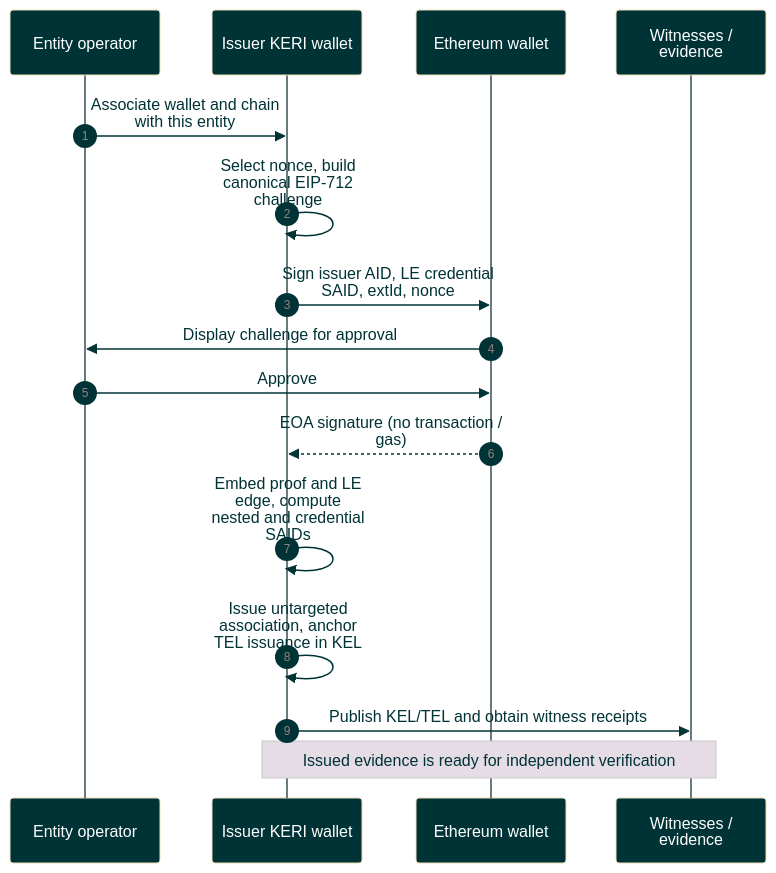
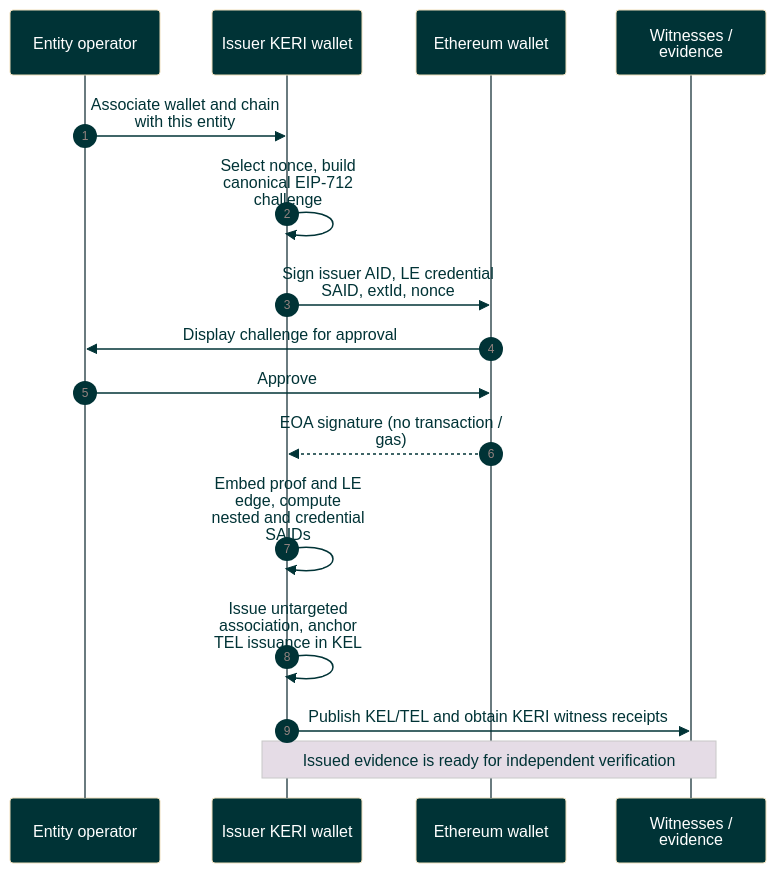
The diagram in docs/diagrams/sequence/association-creation-sequence.md (GLEIF-IT/eoa-verifier), drawn with Mermaid before and after one commit. The commit also changed 19 other files, not shown here.

````diff
--- a/docs/diagrams/sequence/association-creation-sequence.md
+++ b/docs/diagrams/sequence/association-creation-sequence.md
@@ -10,19 +10,19 @@
 ```mermaid
 %%{init: {"theme":"base","themeVariables":{"actorBkg":"#003336","actorTextColor":"#FFFFFF","signalColor":"#003336","signalTextColor":"#003336","noteBkgColor":"#E5DCE6","noteTextColor":"#003336","loopTextColor":"#003336","labelTextColor":"#003336","labelBoxBkgColor":"#DFFBC0","labelBoxBorderColor":"#6A7B7F","actorLineColor":"#6A7B7F","lineColor":"#6A7B7F"},"sequence":{"mirrorActors":true,"wrap":true}}}%%
 sequenceDiagram
     autonumber
     participant U as Entity operator
     participant I as Issuer KERI wallet
     participant W as Ethereum wallet
     participant E as Witnesses / evidence
     U->>I: Associate wallet and chain with this entity
     I->>I: Select nonce, build canonical EIP-712 challenge
     I->>W: Sign issuer AID, LE credential SAID, extId, nonce
     W->>U: Display challenge for approval
     U->>W: Approve
     W-->>I: EOA signature (no transaction / gas)
     I->>I: Embed proof and LE edge, compute nested and credential SAIDs
     I->>I: Issue untargeted association, anchor TEL issuance in KEL
-    I->>E: Publish KEL/TEL and obtain witness receipts
+    I->>E: Publish KEL/TEL and obtain KERI witness receipts
     Note over I,E: Issued evidence is ready for independent verification
 ```
````
